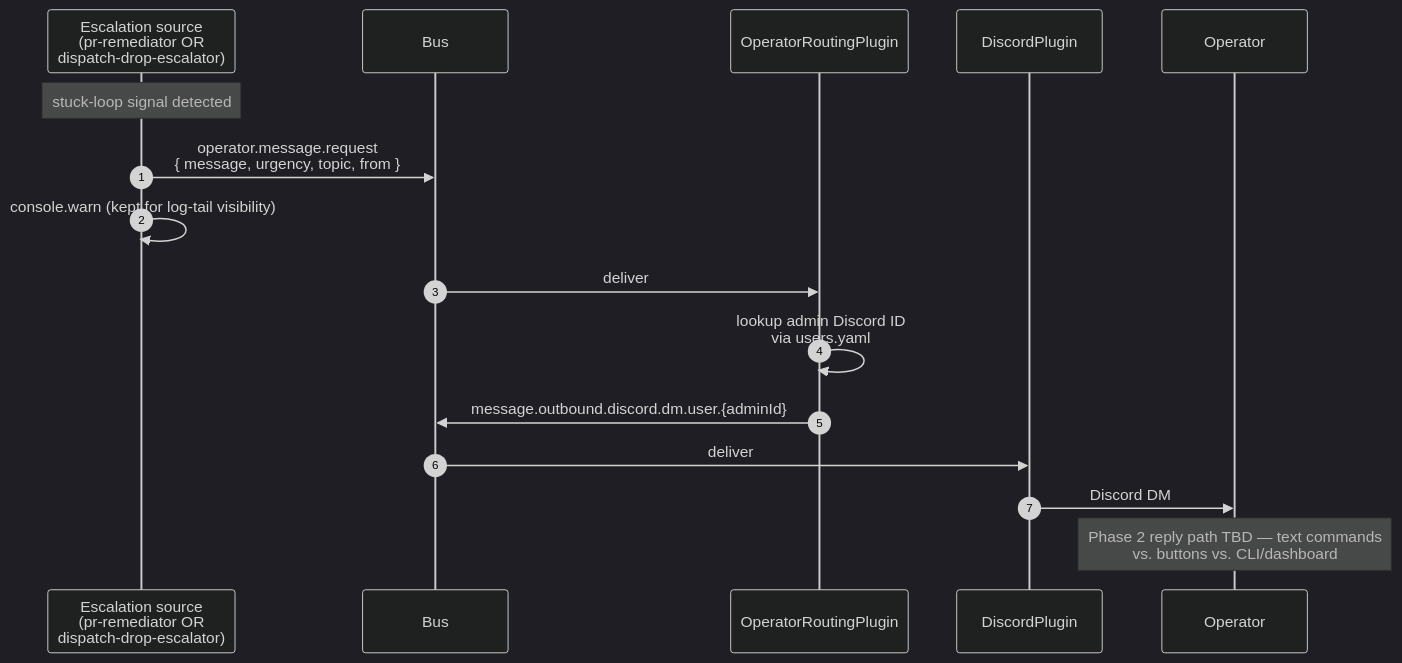
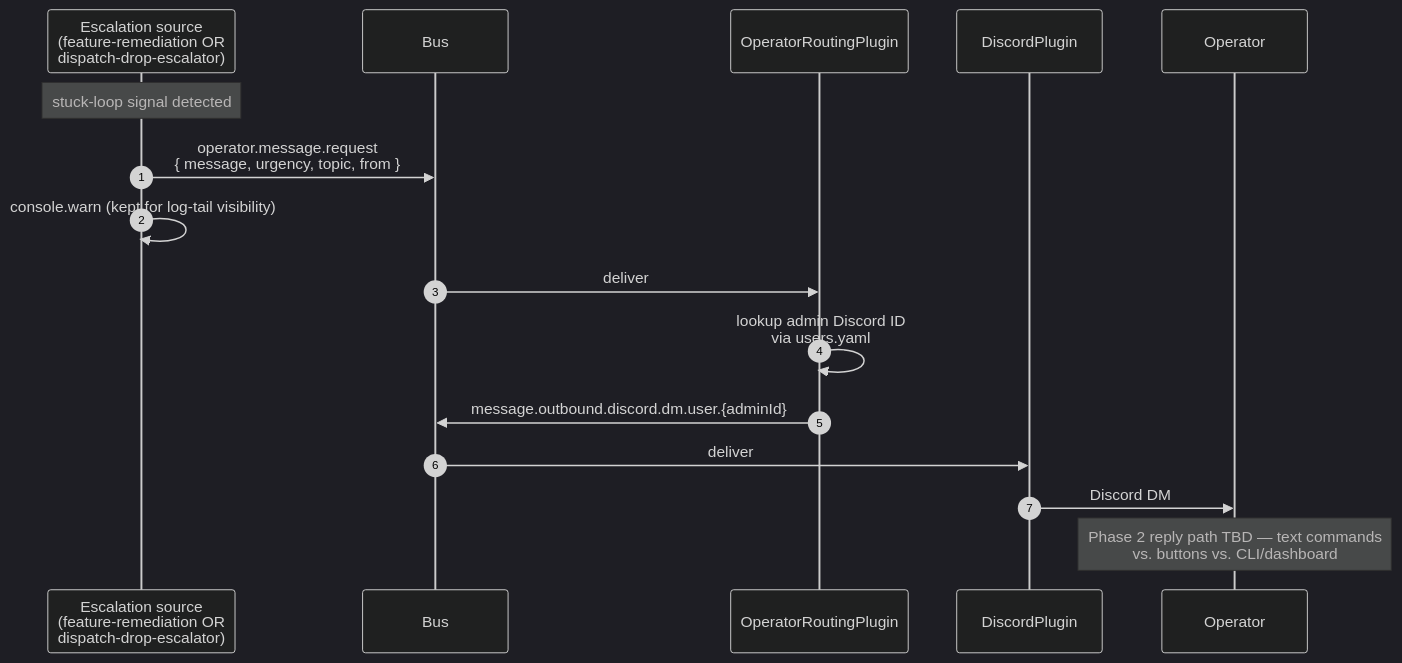
Before and after one commit to protoLabsAI/protoWorkstacean: the diagram in docs/architecture/flow-hitl.md, drawn with Mermaid (dark theme). The commit also changed other lines of this file and 24 other files, not shown here.

````diff
--- a/docs/architecture/flow-hitl.md
+++ b/docs/architecture/flow-hitl.md
@@ -66,19 +68,19 @@
 ```mermaid
 sequenceDiagram
     autonumber
-    participant Source as Escalation source<br/>(pr-remediator OR<br/>dispatch-drop-escalator)
+    participant Source as Escalation source<br/>(feature-remediation OR<br/>dispatch-drop-escalator)
     participant Bus as Bus
     participant OR as OperatorRoutingPlugin
     participant DP as DiscordPlugin
     participant OP as Operator
 
     Note over Source: stuck-loop signal detected
     Source->>Bus: operator.message.request<br/>{ message, urgency, topic, from }
     Source->>Source: console.warn (kept for log-tail visibility)
     Bus->>OR: deliver
     OR->>OR: lookup admin Discord ID<br/>via users.yaml
     OR->>Bus: message.outbound.discord.dm.user.{adminId}
     Bus->>DP: deliver
     DP->>OP: Discord DM
     Note over OP: Phase 2 reply path TBD — text commands<br/>vs. buttons vs. CLI/dashboard
 ```
````
